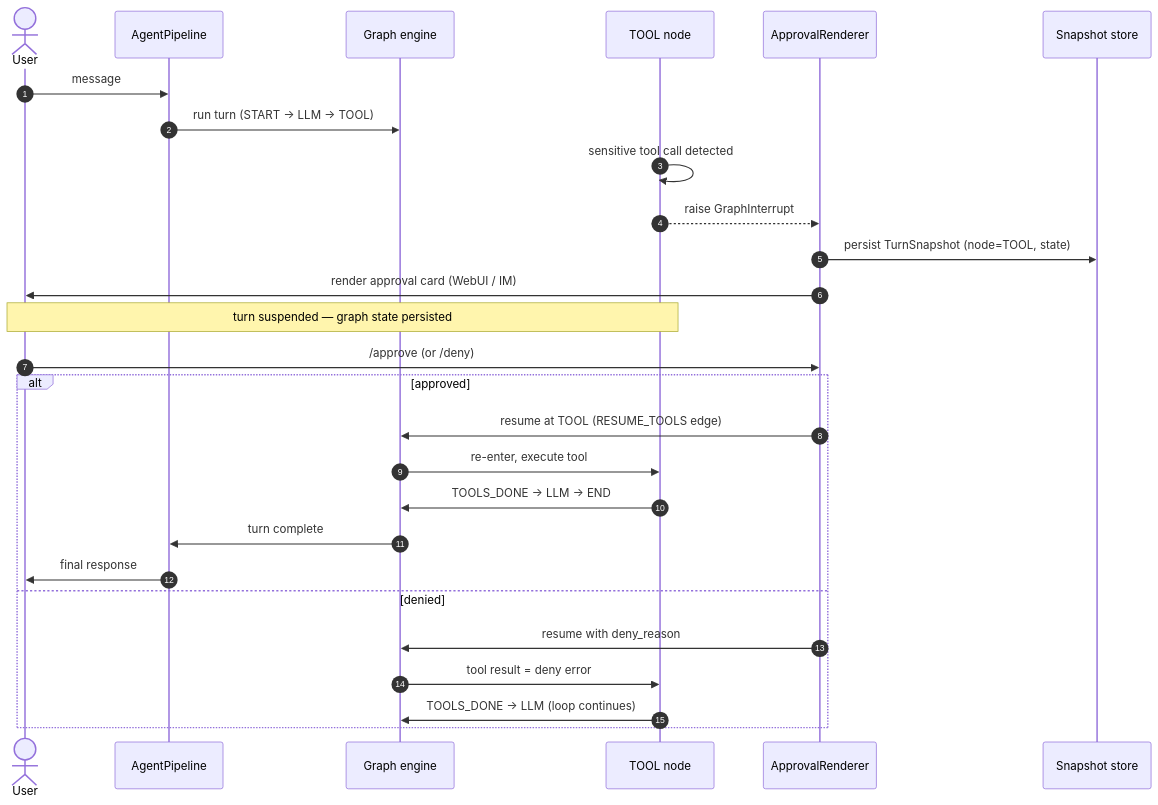
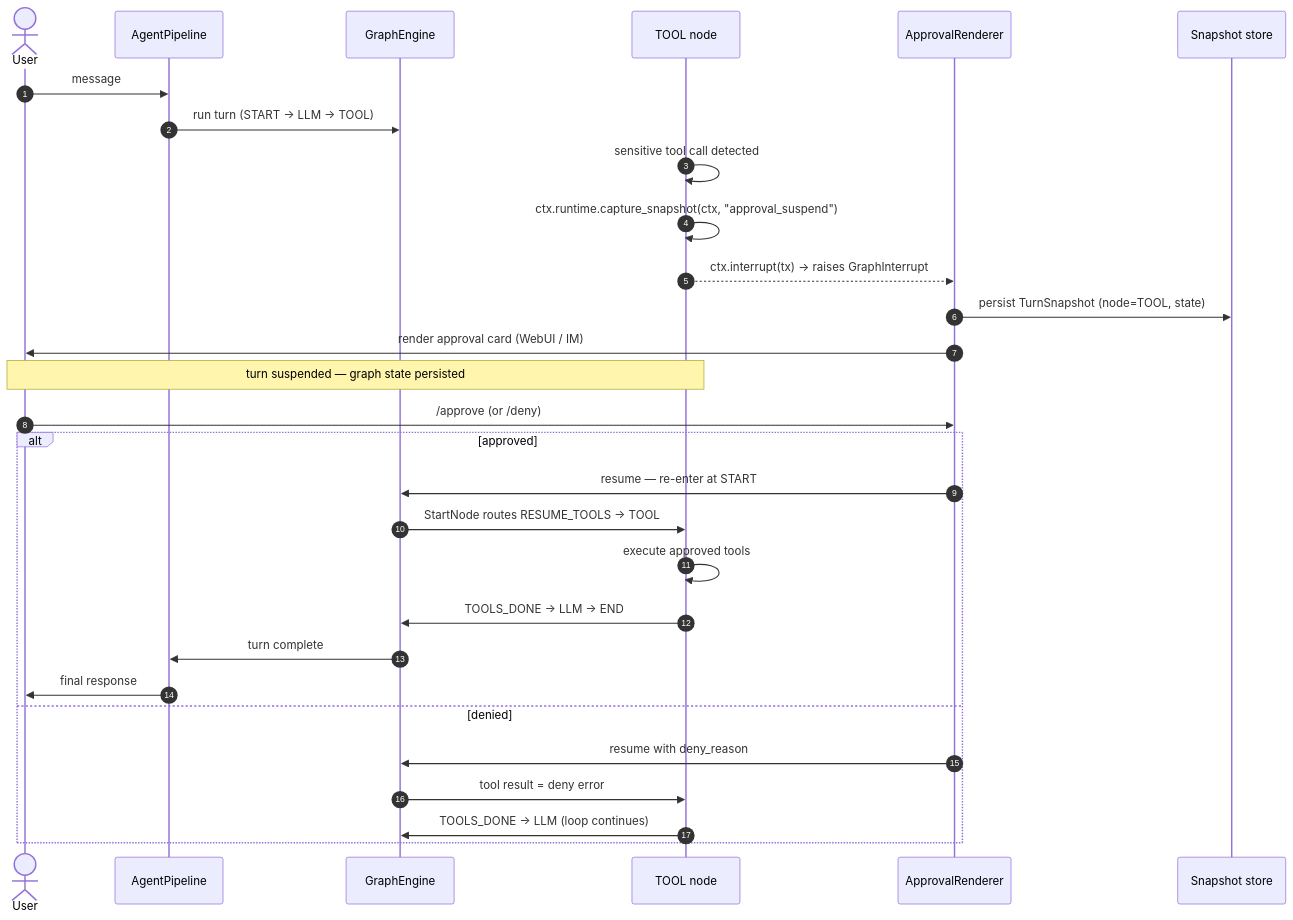
One commit to moyu-er/modex-agent changed the second of 2 diagrams in docs/docs/concepts/graph-engine.en.md. Above: the diagram before and after it, drawn with Mermaid. The commit also changed other lines of this file and 3 other files, not shown here.

````diff
--- a/docs/docs/concepts/graph-engine.en.md
+++ b/docs/docs/concepts/graph-engine.en.md
@@ -70,30 +90,32 @@
 ```mermaid
 sequenceDiagram
     autonumber
     actor U as User
     participant P as AgentPipeline
-    participant G as Graph engine
+    participant G as GraphEngine
     participant T as TOOL node
     participant A as ApprovalRenderer
     participant S as Snapshot store
 
     U->>P: message
     P->>G: run turn (START → LLM → TOOL)
     T->>T: sensitive tool call detected
-    T-->>A: raise GraphInterrupt
+    T->>T: ctx.runtime.capture_snapshot(ctx, "approval_suspend")
+    T-->>A: ctx.interrupt(tx) → raises GraphInterrupt
     A->>S: persist TurnSnapshot (node=TOOL, state)
     A->>U: render approval card (WebUI / IM)
     Note over T,U: turn suspended — graph state persisted
     U->>A: /approve  (or /deny)
     alt approved
-        A->>G: resume at TOOL (RESUME_TOOLS edge)
-        G->>T: re-enter, execute tool
+        A->>G: resume — re-enter at START
+        G->>T: StartNode routes RESUME_TOOLS → TOOL
+        T->>T: execute approved tools
         T->>G: TOOLS_DONE → LLM → END
         G->>P: turn complete
         P->>U: final response
     else denied
         A->>G: resume with deny_reason
         G->>T: tool result = deny error
         T->>G: TOOLS_DONE → LLM (loop continues)
     end
 ```
````
